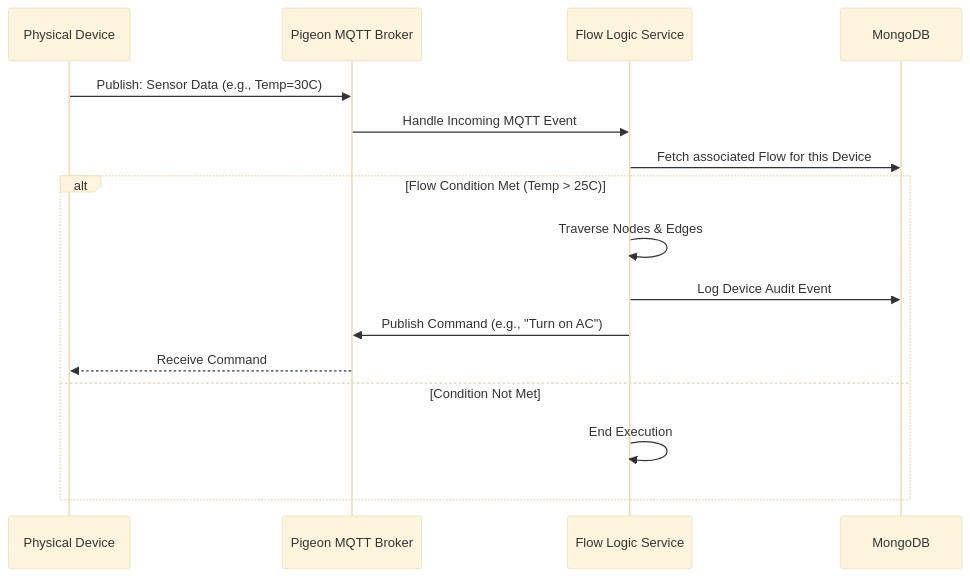
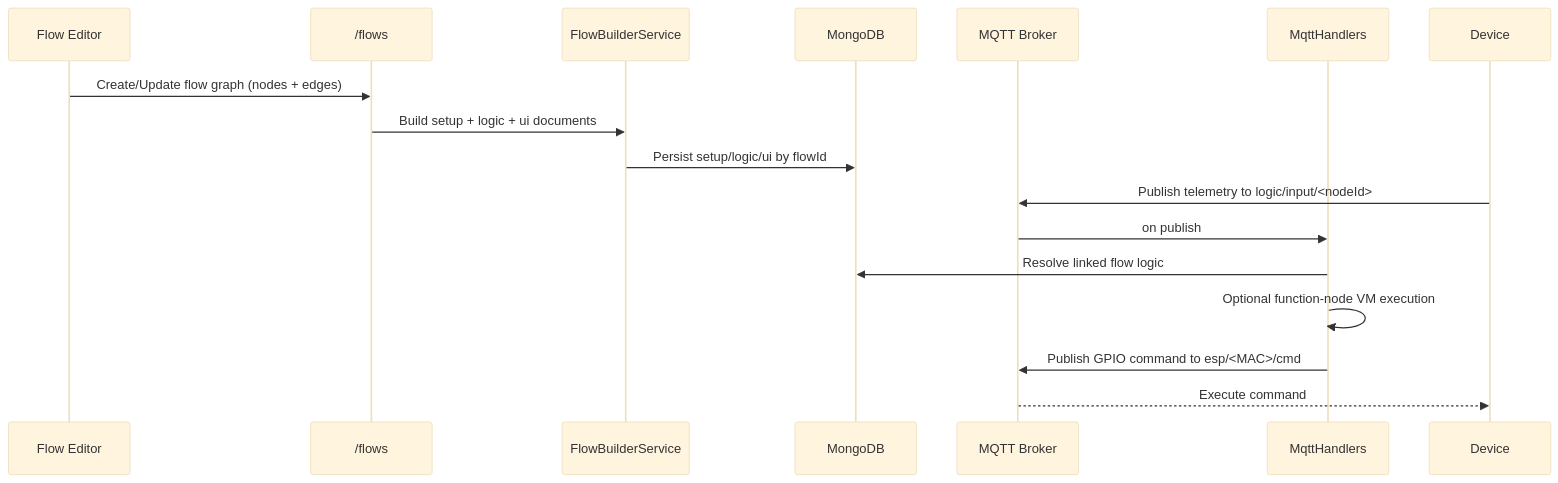
The fourth of 4 diagrams in docs/arch.md (ahmed-atef-gad/nexusflow-backend), drawn with Mermaid (base theme) before and after one commit. The commit also changed other lines of this file, not shown here.

Commit message:
feat(docs): enhance system architecture documentation with updated diagrams and detailed module descriptions

````diff
--- a/docs/arch.md
+++ b/docs/arch.md
@@ -91,20 +125,21 @@
 ```mermaid
 sequenceDiagram
-    participant IoT as Physical Device
-    participant MQTT as Pigeon MQTT Broker
-    participant FlowLogic as Flow Logic Service
+    participant UI as Flow Editor
+    participant Flows as /flows
+    participant Builder as FlowBuilderService
     participant DB as MongoDB
+    participant Broker as MQTT Broker
+    participant Handler as MqttHandlers
+    participant ESP as Device
 
-    IoT->>MQTT: Publish: Sensor Data (e.g., Temp=30C)
-    MQTT->>FlowLogic: Handle Incoming MQTT Event
-    FlowLogic->>DB: Fetch associated Flow for this Device
-    
-    alt Flow Condition Met (Temp > 25C)
-        FlowLogic->>FlowLogic: Traverse Nodes & Edges
-        FlowLogic->>DB: Log Device Audit Event
-        FlowLogic->>MQTT: Publish Command (e.g., "Turn on AC")
-        MQTT-->>IoT: Receive Command
-    else Condition Not Met
-        FlowLogic->>FlowLogic: End Execution
-    end
+    UI->>Flows: Create/Update flow graph (nodes + edges)
+    Flows->>Builder: Build setup + logic + ui documents
+    Builder->>DB: Persist setup/logic/ui by flowId
+
+    ESP->>Broker: Publish telemetry to logic/input/<nodeId>
+    Broker->>Handler: on publish
+    Handler->>DB: Resolve linked flow logic
+    Handler->>Handler: Optional function-node VM execution
+    Handler->>Broker: Publish GPIO command to esp/<MAC>/cmd
+    Broker-->>ESP: Execute command
 ```
````
